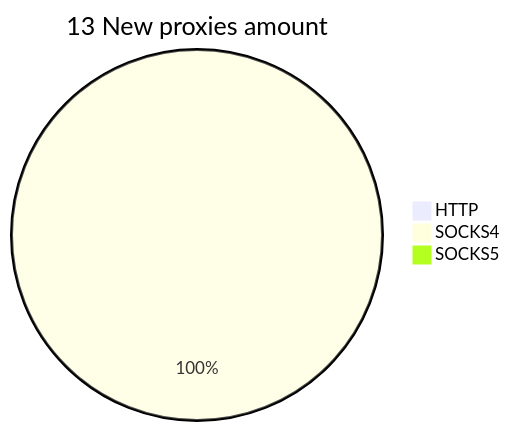
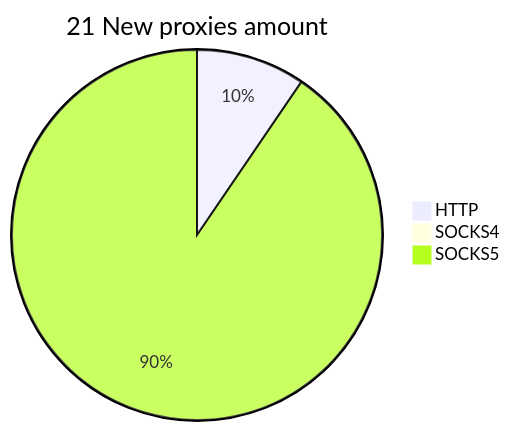
Before and after one commit to cutipu/proxylist: the second of 2 diagrams in README.md, drawn with Mermaid. The commit also changed other lines of this file, not shown here.

````diff
--- a/README.md
+++ b/README.md
@@ -10,6 +10,6 @@
 ```mermaid
-pie title 13 New proxies amount
-    "HTTP" : 0
-    "SOCKS4" : 15
-    "SOCKS5" : 0
+pie title 21 New proxies amount
+    "HTTP" : 2
+    "SOCKS4" : 0
+    "SOCKS5" : 19
 ```
````
